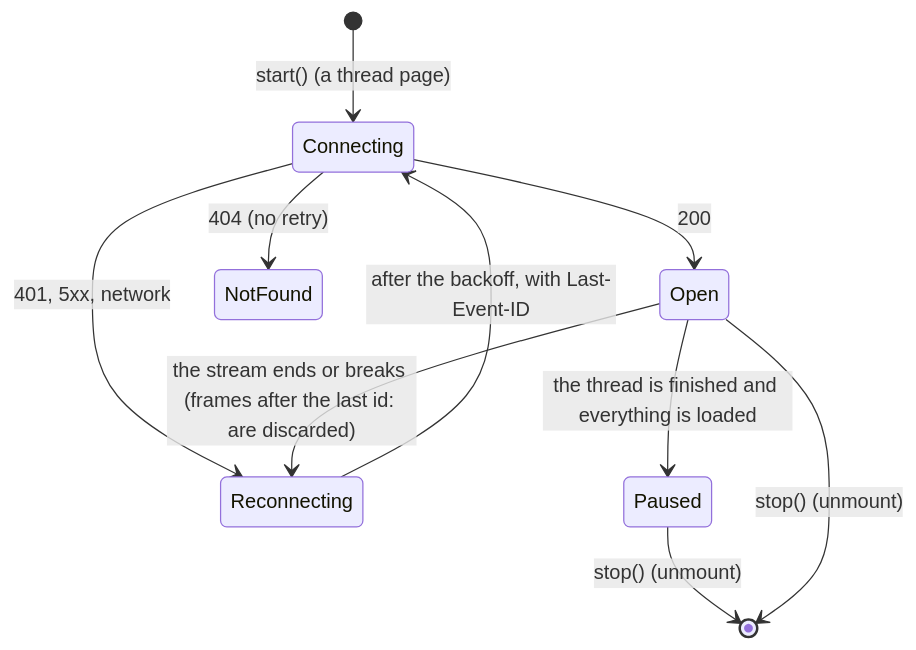
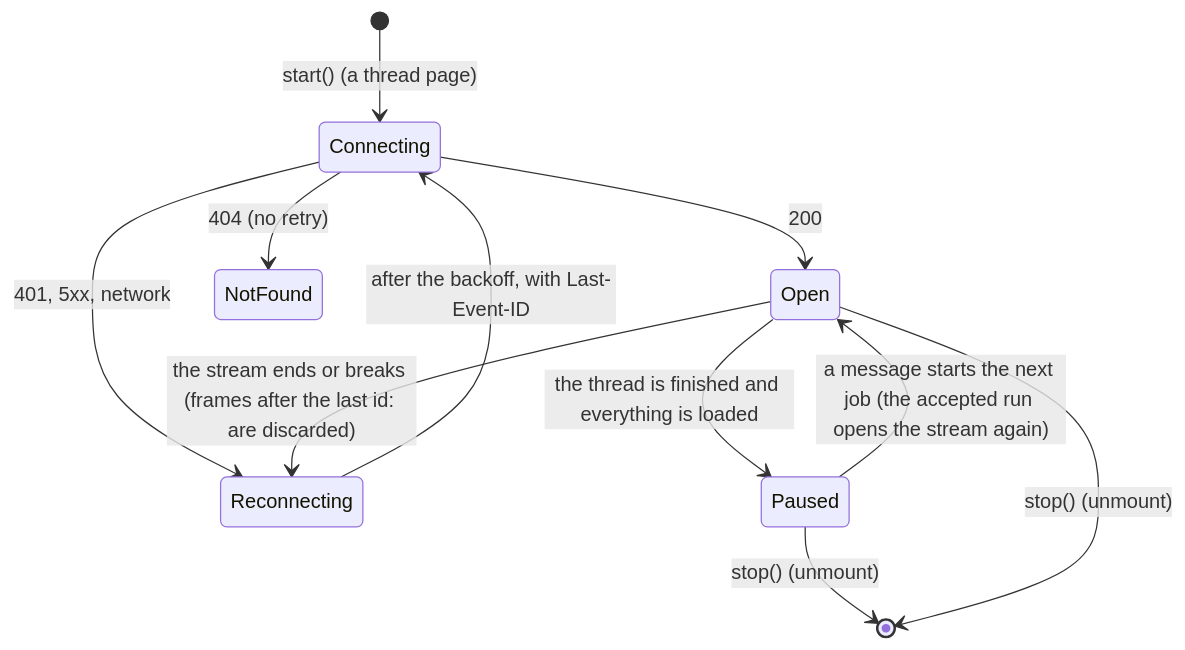
Before and after one commit to vymalo/another-agentic-system: the second of 6 diagrams in web/README.md, drawn with Mermaid. The commit also changed other lines of this file and 135 other files, not shown here.

First line of the commit message:
feat: a thread is a conversation — a message on a finished thread starts its next job (#62)

````diff
--- a/web/README.md
+++ b/web/README.md
@@ -81,12 +81,13 @@
 ```mermaid
 stateDiagram-v2
   [*] --> Connecting: start() (a thread page)
   Connecting --> Open: 200
   Connecting --> NotFound: 404 (no retry)
   Connecting --> Reconnecting: 401, 5xx, network
   Open --> Reconnecting: the stream ends or breaks (frames after the last id: are discarded)
   Reconnecting --> Connecting: after the backoff, with Last-Event-ID
   Open --> Paused: the thread is finished and everything is loaded
+  Paused --> Open: a message starts the next job (the accepted run opens the stream again)
   Paused --> [*]: stop() (unmount)
   Open --> [*]: stop() (unmount)
 ```
````
